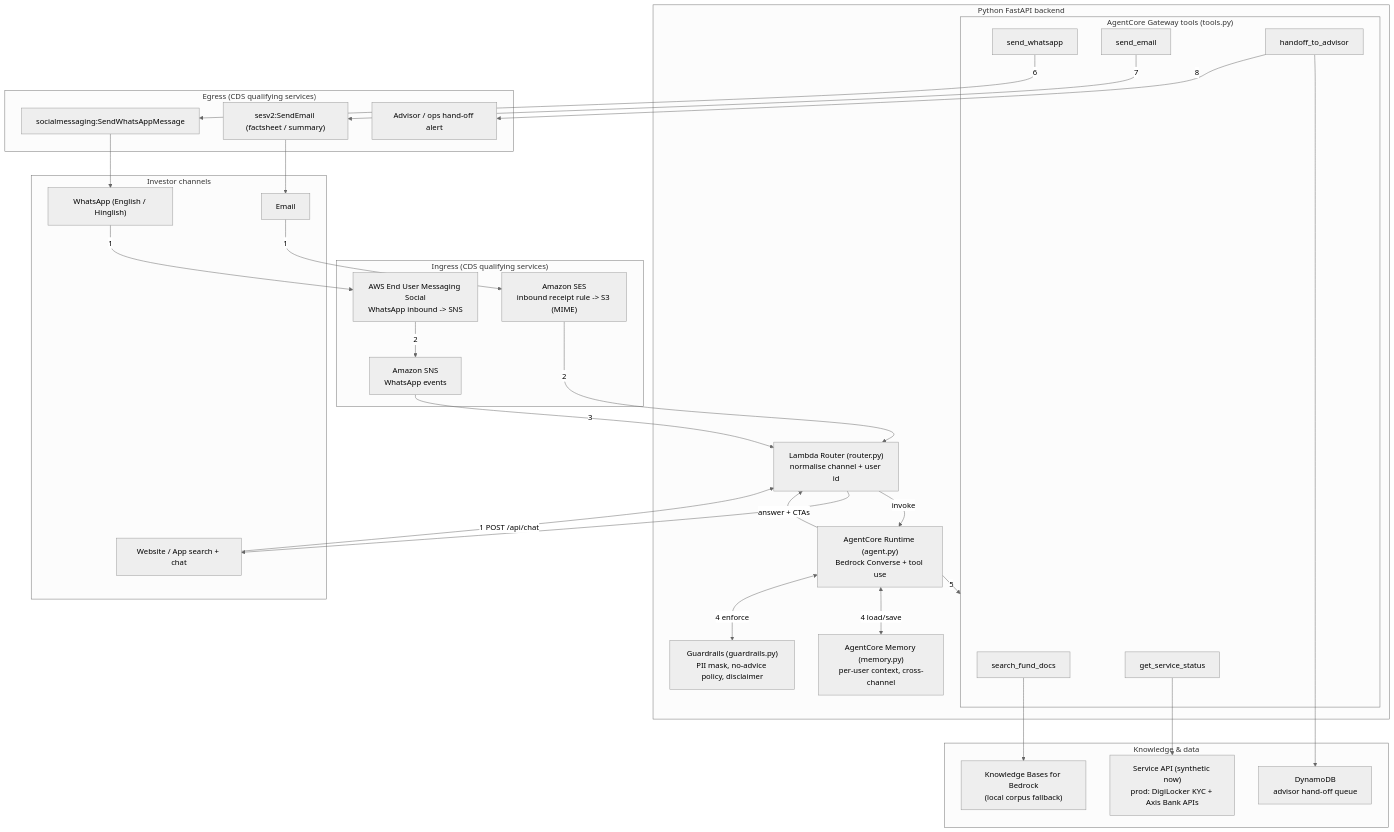
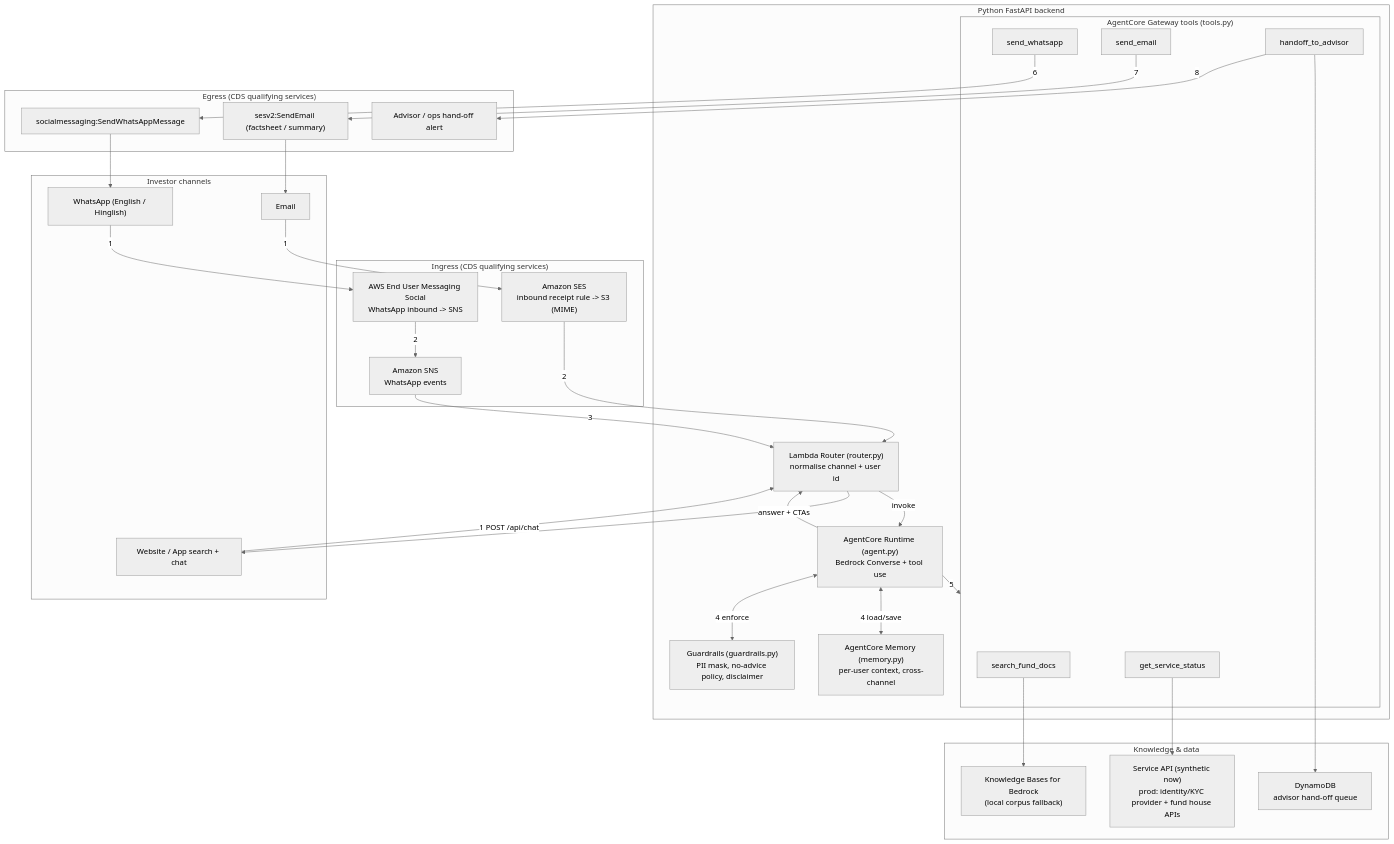
Before and after one commit to Teleglobals-international/Teleglobal-Use-Case-AWS-CDS: the first of 2 diagrams in docs/FLOW.md, drawn with Mermaid (neutral theme). The commit also changed other lines of this file and 22 other files, not shown here.

Commit message:
Add Cognito auth, live SES email, queued KYC flow, real fund links; update docs

````diff
--- a/docs/FLOW.md
+++ b/docs/FLOW.md
@@ -9,58 +14,58 @@
 ```mermaid
 flowchart TD
     subgraph Channels["Investor channels"]
         WA["WhatsApp (English / Hinglish)"]
         EM["Email"]
         WEB["Website / App search + chat"]
     end
 
     subgraph Ingress["Ingress (CDS qualifying services)"]
         EUMS["AWS End User Messaging Social<br/>WhatsApp inbound -> SNS"]
         SES_IN["Amazon SES<br/>inbound receipt rule -> S3 (MIME)"]
         SNS["Amazon SNS<br/>WhatsApp events"]
     end
 
     subgraph Backend["Python FastAPI backend"]
         ROUTER["Lambda Router (router.py)<br/>normalise channel + user id"]
         AGENT["AgentCore Runtime (agent.py)<br/>Bedrock Converse + tool use"]
         MEM["AgentCore Memory (memory.py)<br/>per-user context, cross-channel"]
         GUARD["Guardrails (guardrails.py)<br/>PII mask, no-advice policy, disclaimer"]
         subgraph Gateway["AgentCore Gateway tools (tools.py)"]
             T1["search_fund_docs"]
             T2["send_whatsapp"]
             T3["send_email"]
             T4["get_service_status"]
             T5["handoff_to_advisor"]
         end
     end
 
     subgraph Knowledge["Knowledge & data"]
         KB["Knowledge Bases for Bedrock<br/>(local corpus fallback)"]
-        SVCAPI["Service API (synthetic now)<br/>prod: DigiLocker KYC + Axis Bank APIs"]
+        SVCAPI["Service API (synthetic now)<br/>prod: identity/KYC provider + fund house APIs"]
         DDB["DynamoDB<br/>advisor hand-off queue"]
     end
 
     subgraph Egress["Egress (CDS qualifying services)"]
         OUT_WA["socialmessaging:SendWhatsAppMessage"]
         OUT_EM["sesv2:SendEmail (factsheet / summary)"]
         ADV["Advisor / ops hand-off alert"]
     end
 
     WA -->|1| EUMS -->|2| SNS -->|3| ROUTER
     EM -->|1| SES_IN -->|2| ROUTER
     WEB -->|1 POST /api/chat| ROUTER
 
     ROUTER -->|invoke| AGENT
     AGENT <-->|4 load/save| MEM
     AGENT <-->|4 enforce| GUARD
     AGENT -->|5| Gateway
 
     T1 --> KB
     T4 --> SVCAPI
     T5 --> DDB
     T2 -->|6| OUT_WA --> WA
     T3 -->|7| OUT_EM --> EM
     T5 -->|8| ADV
 
     AGENT -->|answer + CTAs| ROUTER --> WEB
 ```
````
